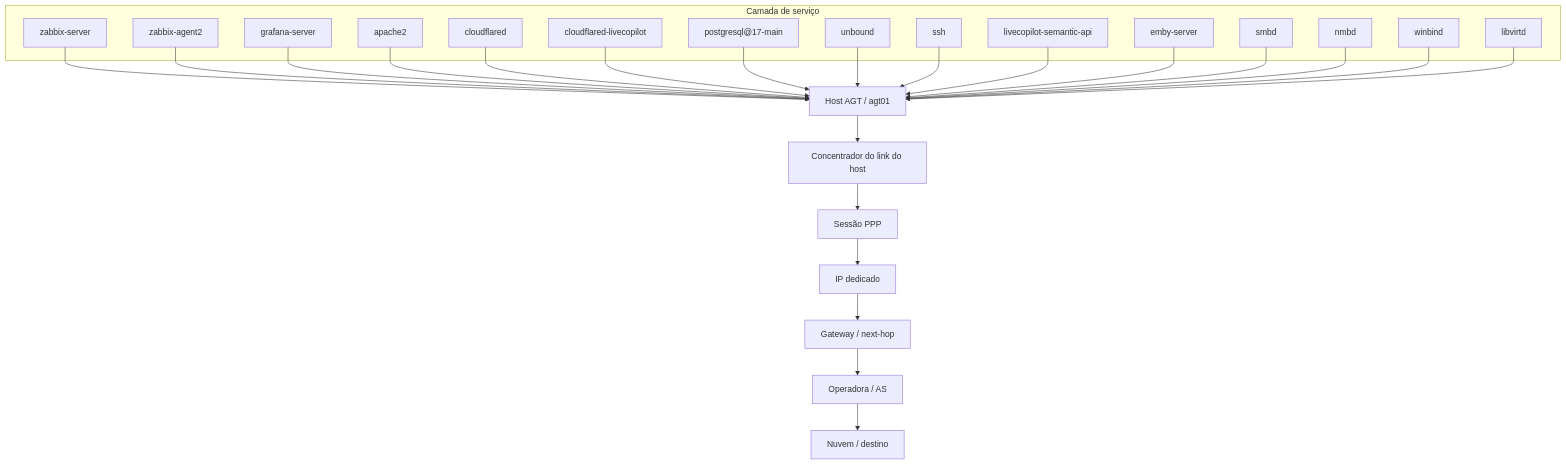
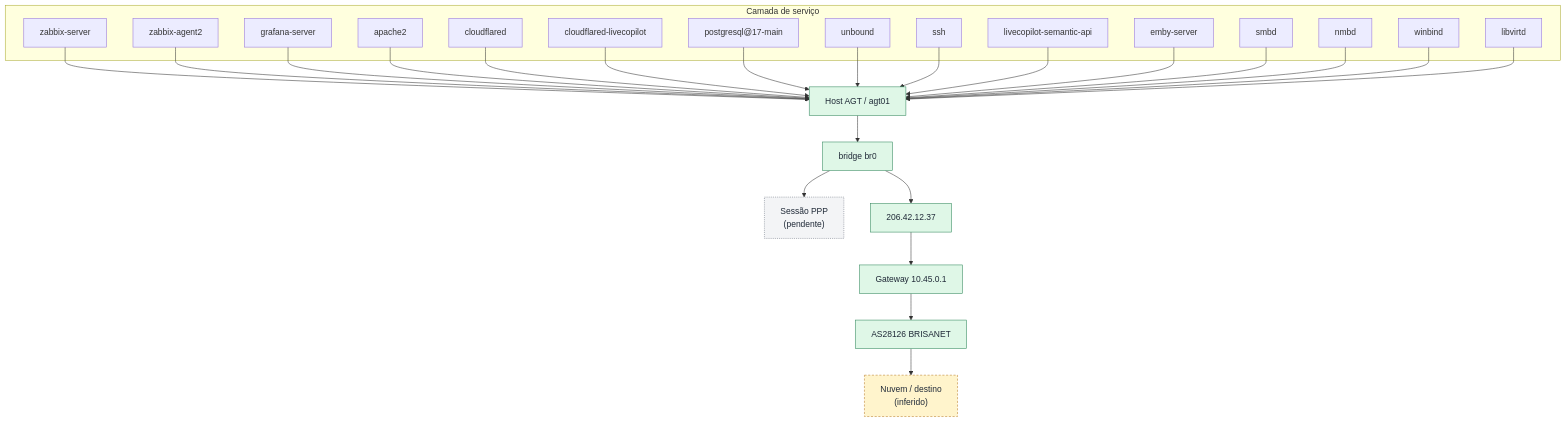
One commit to escossio/observabilidade changed the diagram in dependency-graph/views/agt_dependency_graph.mmd. Above: the diagram before and after it, drawn with Mermaid. The commit also changed 4 other files, not shown here.

```diff
--- a/dependency-graph/views/agt_dependency_graph.mmd
+++ b/dependency-graph/views/agt_dependency_graph.mmd
@@ -1,50 +1,58 @@
 flowchart TB
   subgraph SVC["Camada de serviço"]
     zabbix_server["zabbix-server"]
     zabbix_agent2["zabbix-agent2"]
     grafana_server["grafana-server"]
     apache2["apache2"]
     cloudflared["cloudflared"]
     cloudflared_livecopilot["cloudflared-livecopilot"]
     postgresql["postgresql@17-main"]
     unbound["unbound"]
     ssh["ssh"]
     livecopilot_api["livecopilot-semantic-api"]
     emby["emby-server"]
     smbd["smbd"]
     nmbd["nmbd"]
     winbind["winbind"]
     libvirtd["libvirtd"]
   end
 
   host["Host AGT / agt01"]
 
-  concentrator["Concentrador do link do host"]
-  ppp["Sessão PPP"]
-  dedicated_ip["IP dedicado"]
-  nexthop["Gateway / next-hop"]
-  provider["Operadora / AS"]
-  destination["Nuvem / destino"]
+  br0["bridge br0"]
+  ppp["Sessão PPP<br/>(pendente)"]
+  public_ip["206.42.12.37"]
+  nexthop["Gateway 10.45.0.1"]
+  provider["AS28126 BRISANET"]
+  destination["Nuvem / destino<br/>(inferido)"]
 
   zabbix_server --> host
   zabbix_agent2 --> host
   grafana_server --> host
   apache2 --> host
   cloudflared --> host
   cloudflared_livecopilot --> host
   postgresql --> host
   unbound --> host
   ssh --> host
   livecopilot_api --> host
   emby --> host
   smbd --> host
   nmbd --> host
   winbind --> host
   libvirtd --> host
 
-  host --> concentrator
-  concentrator --> ppp
-  ppp --> dedicated_ip
-  dedicated_ip --> nexthop
+  host --> br0
+  br0 --> ppp
+  br0 --> public_ip
+  public_ip --> nexthop
   nexthop --> provider
   provider --> destination
+
+  classDef observed fill:#dff7e7,stroke:#2f855a,color:#1f2937,stroke-width:1px;
+  classDef inferred fill:#fff4cc,stroke:#b7791f,color:#1f2937,stroke-width:1px,stroke-dasharray: 4 3;
+  classDef pending fill:#f3f4f6,stroke:#6b7280,color:#1f2937,stroke-width:1px,stroke-dasharray: 2 2;
+
+  class host,br0,public_ip,nexthop,provider observed;
+  class ppp pending;
+  class destination inferred;
```
